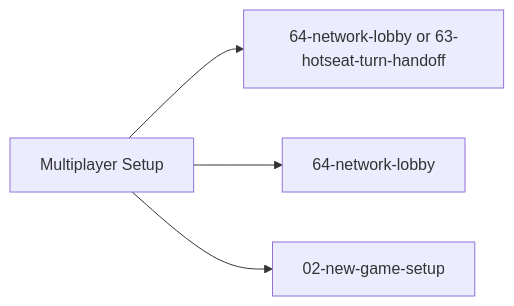
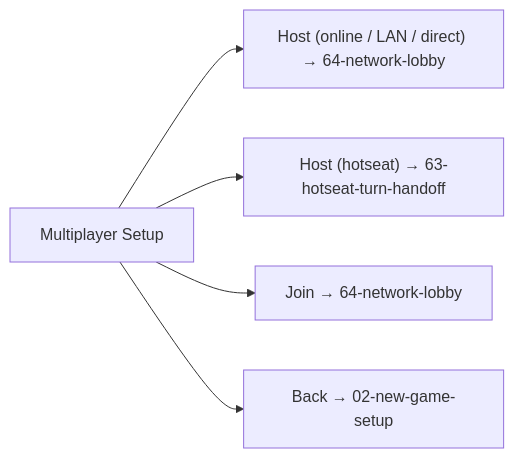
Before and after one commit to SunaNoOshiro/Heroes_Reforged_AI_Realms: the fifth of 5 diagrams in docs/architecture/wiki/screens/62-multiplayer-setup/architecture.md, drawn with Mermaid. The commit also changed other lines of this file and 518 other files, not shown here.

First line of the commit message:
Add doc-audit skill and sweep architecture/screen docs

````diff
--- a/docs/architecture/wiki/screens/62-multiplayer-setup/architecture.md
+++ b/docs/architecture/wiki/screens/62-multiplayer-setup/architecture.md
@@ -70,7 +81,8 @@
 ```mermaid
 flowchart LR
   Current["Multiplayer Setup"]
-  Current --> T0["64-network-lobby or 63-hotseat-turn-handoff"]
-  Current --> T1["64-network-lobby"]
-  Current --> T2["02-new-game-setup"]
+  Current --> T0["Host (online / LAN / direct) → 64-network-lobby"]
+  Current --> T1["Host (hotseat) → 63-hotseat-turn-handoff"]
+  Current --> T2["Join → 64-network-lobby"]
+  Current --> T3["Back → 02-new-game-setup"]
 ```
````
